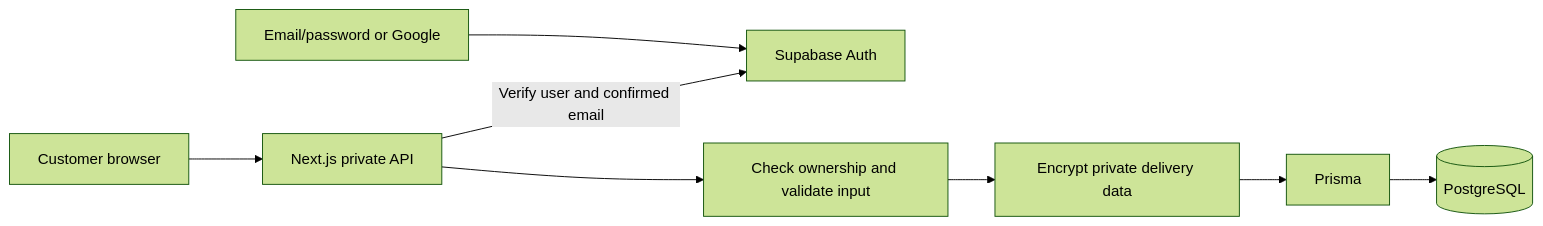
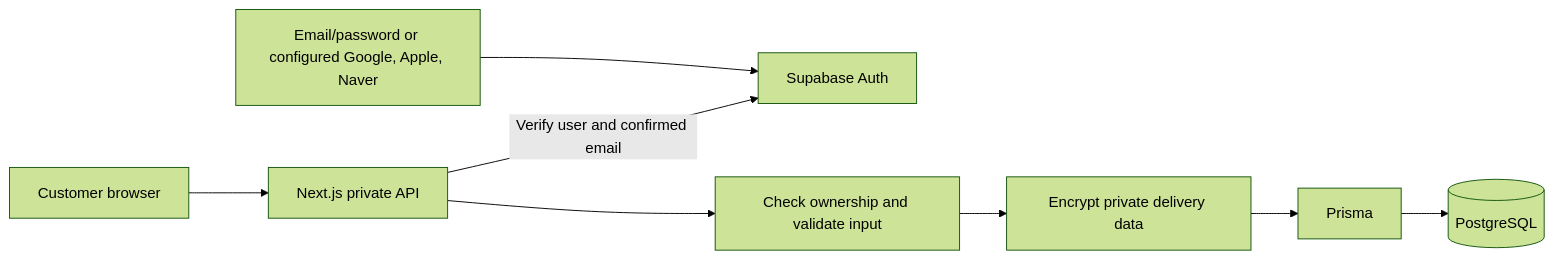
Before and after one commit to DongHeeKw/paynship-dh2: the diagram in documents/Reference/BEGINNER_GUIDE.md, drawn with Mermaid (forest theme). The commit also changed other lines of this file and 54 other files, not shown here.

````diff
--- a/documents/Reference/BEGINNER_GUIDE.md
+++ b/documents/Reference/BEGINNER_GUIDE.md
@@ -48,10 +60,10 @@
 ```mermaid
 flowchart LR
-    Form[Email/password or Google] --> Auth[Supabase Auth]
+    Form[Email/password or configured Google, Apple, Naver] --> Auth[Supabase Auth]
     Browser[Customer browser] --> API[Next.js private API]
     API -->|Verify user and confirmed email| Auth
     API --> Owner[Check ownership and validate input]
     Owner --> Encrypt[Encrypt private delivery data]
     Encrypt --> Prisma[Prisma]
     Prisma --> DB[(PostgreSQL)]
 ```
````
